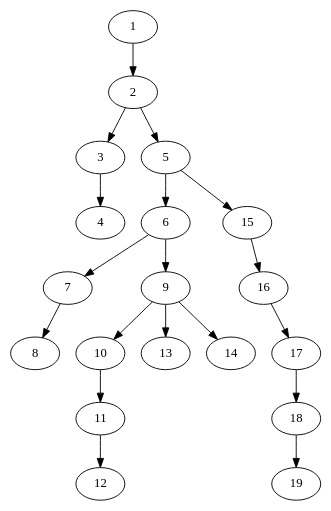
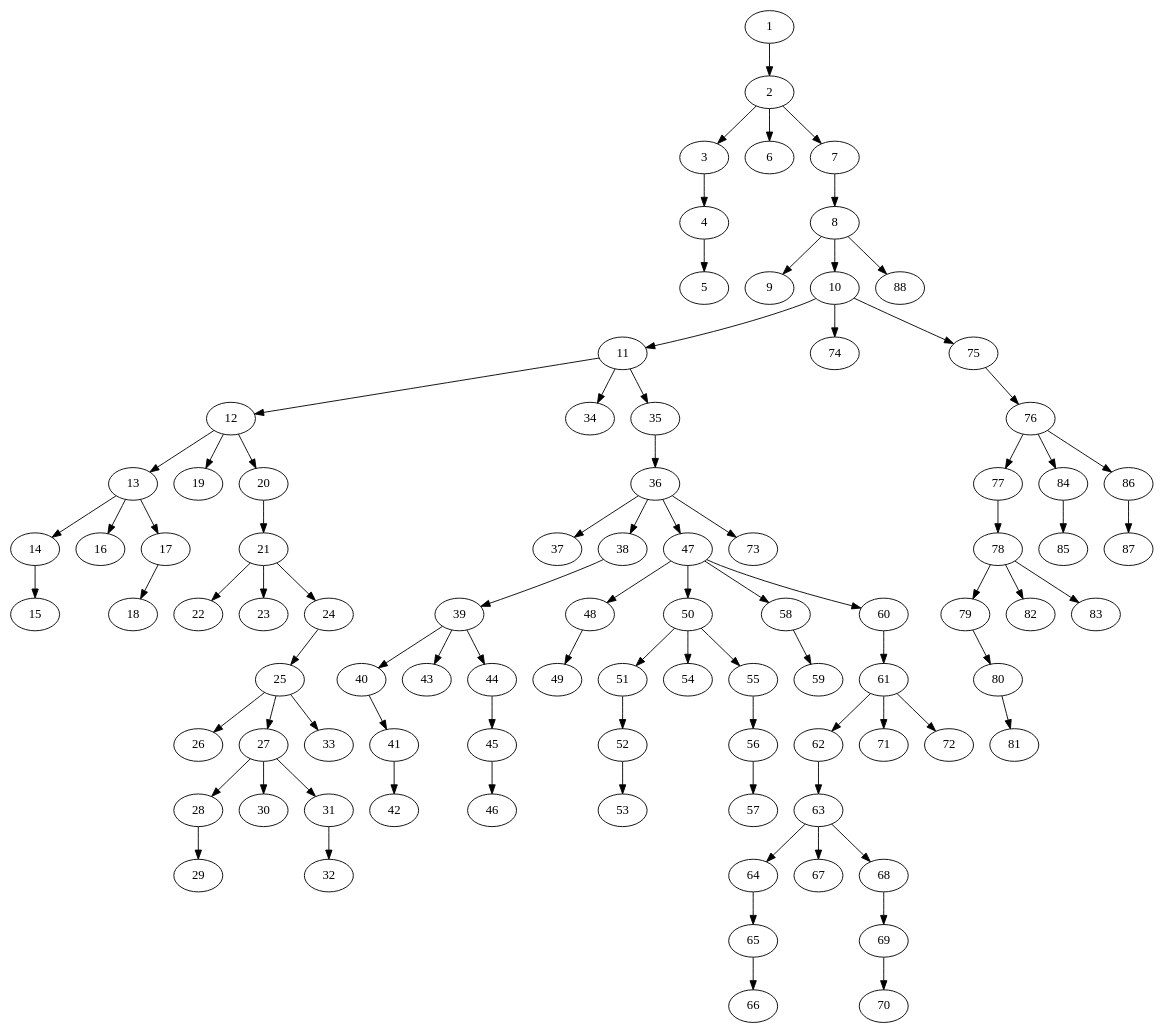
Before and after one commit to Ajax12345/caspian-lang: the diagram in caspian/src/ast_stuff.dot, drawn with Graphviz. The commit also changed 5 other files, not shown here.

```diff
--- a/caspian/src/ast_stuff.dot
+++ b/caspian/src/ast_stuff.dot
@@ -1,20 +1,89 @@
 strict digraph "" {
 	1 -> 2;
 	2 -> 3;
-	2 -> 5;
+	2 -> 6;
+	2 -> 7;
 	3 -> 4;
-	5 -> 6;
-	5 -> 15;
-	6 -> 7;
-	6 -> 9;
+	4 -> 5;
 	7 -> 8;
-	9 -> 10;
-	9 -> 13;
-	9 -> 14;
+	8 -> 9;
+	8 -> 10;
+	8 -> 88;
 	10 -> 11;
+	10 -> 74;
+	10 -> 75;
 	11 -> 12;
-	15 -> 16;
-	16 -> 17;
+	11 -> 34;
+	11 -> 35;
+	12 -> 13;
+	12 -> 19;
+	12 -> 20;
+	13 -> 14;
+	13 -> 16;
+	13 -> 17;
+	14 -> 15;
 	17 -> 18;
-	18 -> 19;
+	20 -> 21;
+	21 -> 22;
+	21 -> 23;
+	21 -> 24;
+	24 -> 25;
+	25 -> 26;
+	25 -> 27;
+	25 -> 33;
+	27 -> 28;
+	27 -> 30;
+	27 -> 31;
+	28 -> 29;
+	31 -> 32;
+	35 -> 36;
+	36 -> 37;
+	36 -> 38;
+	36 -> 47;
+	36 -> 73;
+	38 -> 39;
+	39 -> 40;
+	39 -> 43;
+	39 -> 44;
+	40 -> 41;
+	41 -> 42;
+	44 -> 45;
+	45 -> 46;
+	47 -> 48;
+	47 -> 50;
+	47 -> 58;
+	47 -> 60;
+	48 -> 49;
+	50 -> 51;
+	50 -> 54;
+	50 -> 55;
+	51 -> 52;
+	52 -> 53;
+	55 -> 56;
+	56 -> 57;
+	58 -> 59;
+	60 -> 61;
+	61 -> 62;
+	61 -> 71;
+	61 -> 72;
+	62 -> 63;
+	63 -> 64;
+	63 -> 67;
+	63 -> 68;
+	64 -> 65;
+	65 -> 66;
+	68 -> 69;
+	69 -> 70;
+	75 -> 76;
+	76 -> 77;
+	76 -> 84;
+	76 -> 86;
+	77 -> 78;
+	78 -> 79;
+	78 -> 82;
+	78 -> 83;
+	79 -> 80;
+	80 -> 81;
+	84 -> 85;
+	86 -> 87;
 }
```
